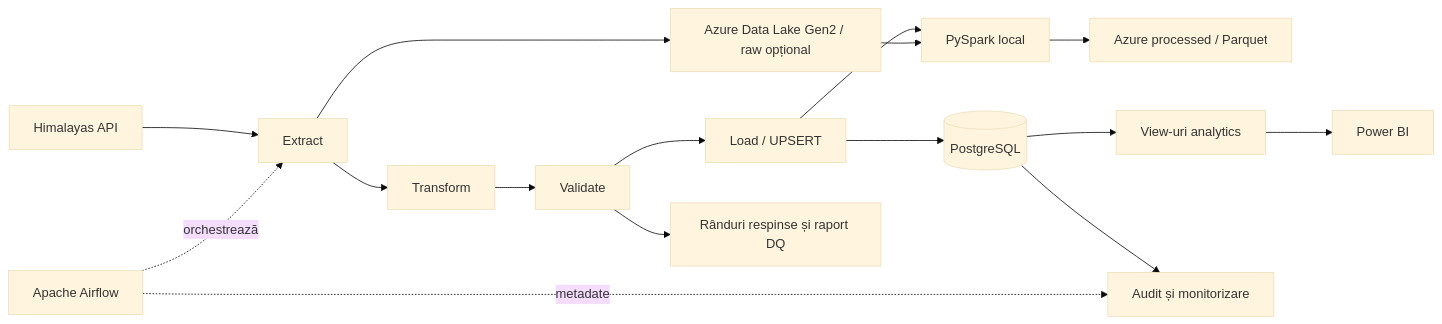
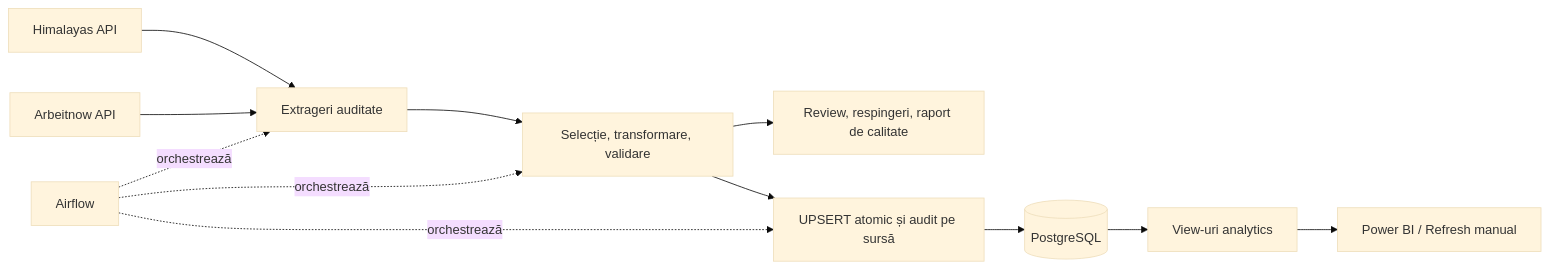
One commit to alexandraa25/job-market-data-platform changed the diagram in README.md. Above: the diagram before and after it, drawn with Mermaid (base theme). The commit also changed other lines of this file and 11 other files, not shown here.

````diff
--- a/README.md
+++ b/README.md
@@ -51,18 +16,14 @@
 ```mermaid
 flowchart LR
-    API[Himalayas API] --> E[Extract]
-    E --> ADLS[Azure Data Lake Gen2 / raw opțional]
-    E --> T[Transform]
-    T --> V[Validate]
-    V --> L[Load / UPSERT]
-    V --> R[Rânduri respinse și raport DQ]
+    H[Himalayas API] --> E[Extrageri auditate]
+    A[Arbeitnow API] --> E
+    E --> P[Selecție, transformare, validare]
+    P --> Q[Review, respingeri, raport de calitate]
+    P --> L[UPSERT atomic și audit pe sursă]
     L --> DB[(PostgreSQL)]
-    L --> SP[PySpark local]
-    ADLS --> SP
-    SP --> PQ[Azure processed / Parquet]
-    DB --> SQL[View-uri analytics]
-    SQL --> BI[Power BI]
-    AF[Apache Airflow] -. orchestrează .-> E
-    DB --> M[Audit și monitorizare]
-    AF -. metadate .-> M
+    DB --> V[View-uri analytics]
+    V --> BI[Power BI / Refresh manual]
+    AF[Airflow] -. orchestrează .-> E
+    AF -. orchestrează .-> P
+    AF -. orchestrează .-> L
 ```
````
